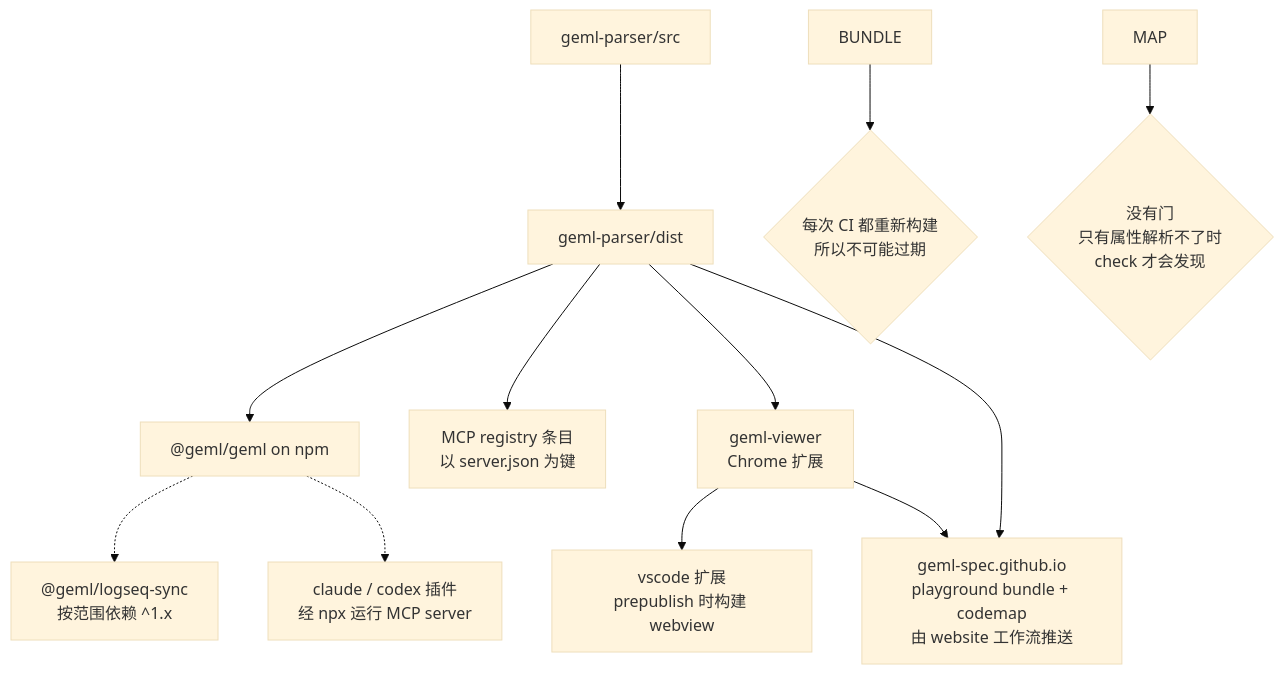
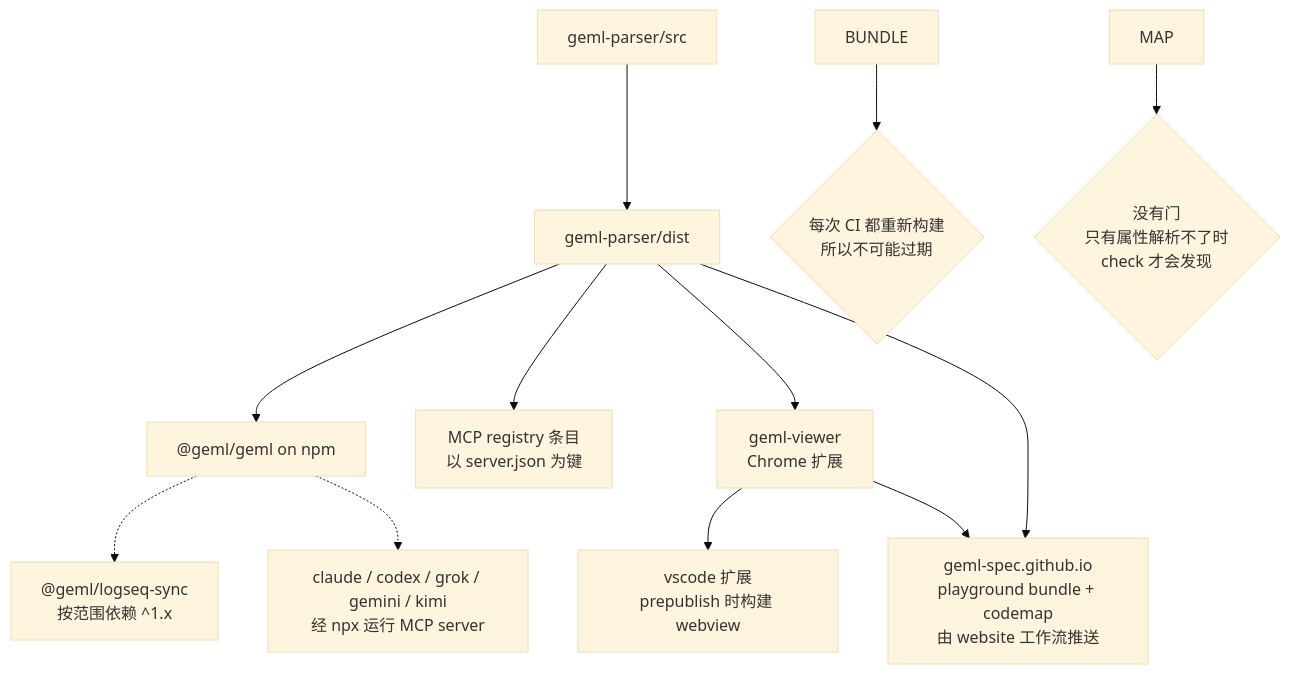
Before and after one commit to geml-spec/geml: the diagram in docs/PUBLISHING_CN.md, drawn with Mermaid (base theme). The commit also changed other lines of this file and 61 other files, not shown here.

````diff
--- a/docs/PUBLISHING_CN.md
+++ b/docs/PUBLISHING_CN.md
@@ -20,17 +22,17 @@
 ```mermaid
 flowchart TD
   SRC["geml-parser/src"] --> DIST["geml-parser/dist"]
 
   DIST --> NPM["@geml/geml on npm"]
   DIST --> MCP["MCP registry 条目<br/>以 server.json 为键"]
   DIST --> VIEWER["geml-viewer<br/>Chrome 扩展"]
   DIST --> SITE["geml-spec.github.io<br/>playground bundle + codemap<br/>由 website 工作流推送"]
   VIEWER --> VSCODE["vscode 扩展<br/>prepublish 时构建 webview"]
   VIEWER --> SITE
 
   NPM -.-> LOGSEQ["@geml/logseq-sync<br/>按范围依赖 ^1.x"]
-  NPM -.-> PLUGINS["claude / codex 插件<br/>经 npx 运行 MCP server"]
+  NPM -.-> PLUGINS["claude / codex / grok / gemini / kimi<br/>经 npx 运行 MCP server"]
 
   BUNDLE --> G1{"每次 CI 都重新构建<br/>所以不可能过期"}
   MAP --> G2{"没有门<br/>只有属性解析不了时<br/>check 才会发现"}
 ```
````
